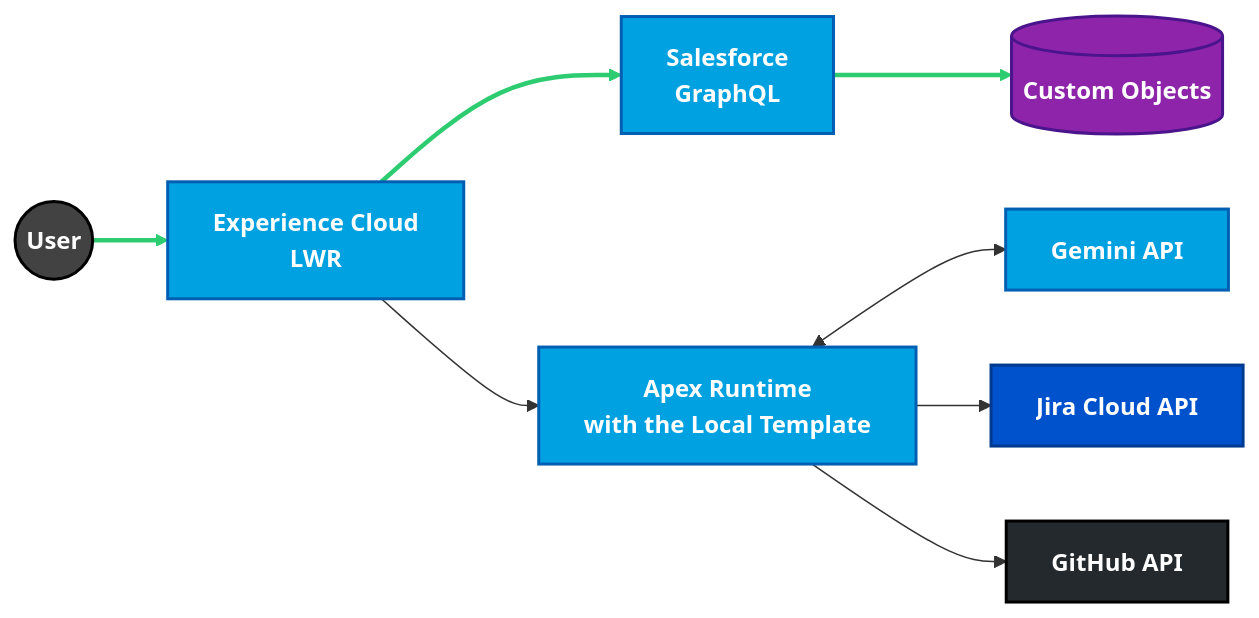
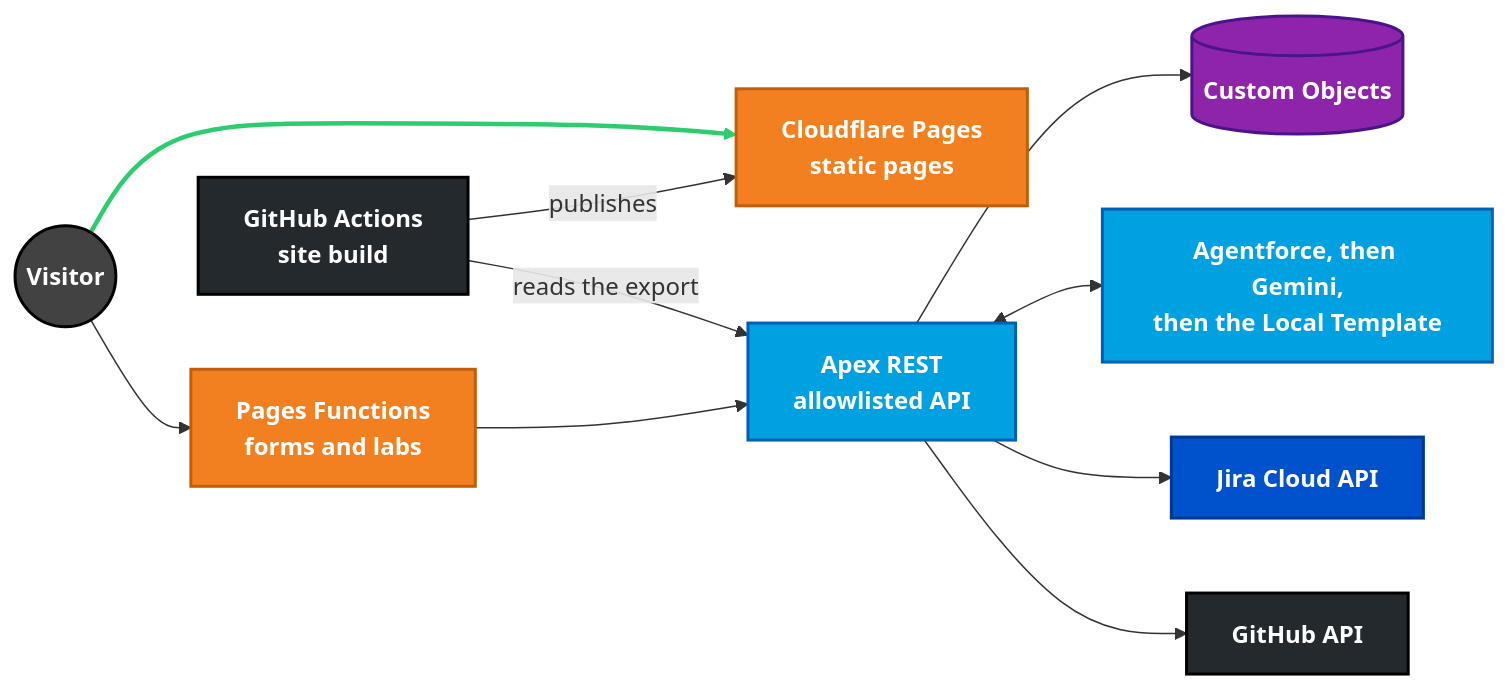
One commit to rdbumstead/rdbumstead changed the first of 2 diagrams in README.md. Above: the diagram before and after it, drawn with Mermaid. The commit also changed other lines of this file, not shown here.

Commit message:
docs: describe the portfolio after the static site cutover
The portfolio has served static pages from Cloudflare Pages since 2026-11-09, built from
the Salesforce org, with the labs and forms calling Apex through Pages Functions. The
summary, the diagram and the pipeline bullet now say so. Cover letters run on Agentforce
first, then Gemini, then the local template. The ADR count is 41, the portfolio row gets
the Static Site badge, and the stack names Cloudflare Pages and Functions and Playwright.

````diff
--- a/README.md
+++ b/README.md
@@ -84,39 +85,44 @@
 ```mermaid
 graph LR
     %%{init: {'flowchart': {'nodeSpacing': 50, 'rankSpacing': 50}}}%%
     %% ========= BRAND STYLES =========
     classDef user fill:#424242,stroke:#000000,stroke-width:2px,color:#ffffff,font-weight:bold;
     classDef sfdc fill:#00A1E0,stroke:#005FB2,stroke-width:2px,color:#ffffff,font-weight:bold;
     classDef jira fill:#0052CC,stroke:#003A8F,stroke-width:2px,color:#ffffff,font-weight:bold;
     classDef github fill:#24292E,stroke:#000000,stroke-width:2px,color:#ffffff,font-weight:bold;
     classDef data fill:#8E24AA,stroke:#4A148C,stroke-width:2px,color:#ffffff,font-weight:bold;
+    classDef edge fill:#F38020,stroke:#C25E0A,stroke-width:2px,color:#ffffff,font-weight:bold;
 
     %% ========= NODES =========
-    User((User))
-    LWR[Experience Cloud<br/>LWR]
-    GQL[Salesforce<br/>GraphQL]
-    Apex[Apex Runtime<br/>with the Local Template]
+    User((Visitor))
+    Pages[Cloudflare Pages<br/>static pages]
+    Fn[Pages Functions<br/>forms and labs]
+    Build[GitHub Actions<br/>site build]
+    Apex[Apex REST<br/>allowlisted API]
     DB[(Custom Objects)]
-    AI[Gemini API]
+    AI[Agentforce, then Gemini,<br/>then the Local Template]
     Jira[Jira Cloud API]
     GitHub[GitHub API]
 
     %% ========= FLOWS =========
-    User --> LWR
-    LWR --> GQL
-    GQL --> DB
-    LWR --> Apex
+    User --> Pages
+    Build -->|reads the export| Apex
+    Build -->|publishes| Pages
+    User --> Fn
+    Fn --> Apex
+    Apex --> DB
     Apex <--> AI
     Apex --> Jira
     Apex --> GitHub
 
     %% ========= APPLY STYLES =========
     class User user;
-    class LWR,GQL,Apex,AI sfdc;
+    class Pages,Fn edge;
+    class Apex,AI sfdc;
     class DB data;
     class Jira jira;
-    class GitHub github;
+    class Build,GitHub github;
 
     %% ========= CRITICAL PATH =========
-    linkStyle 0,1,2 stroke:#2ECC71,stroke-width:3px;
+    linkStyle 0 stroke:#2ECC71,stroke-width:3px;
 ```
````
